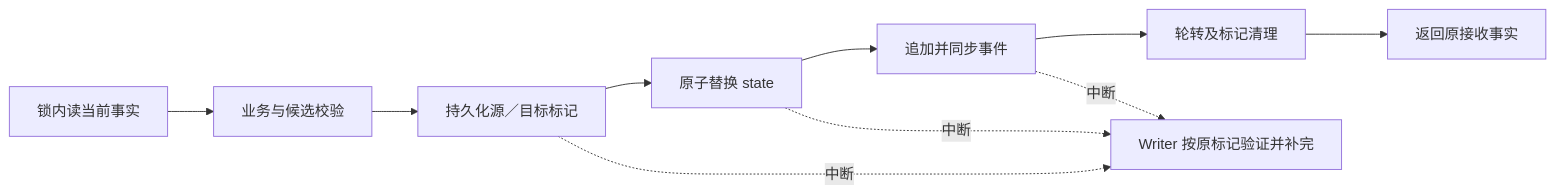
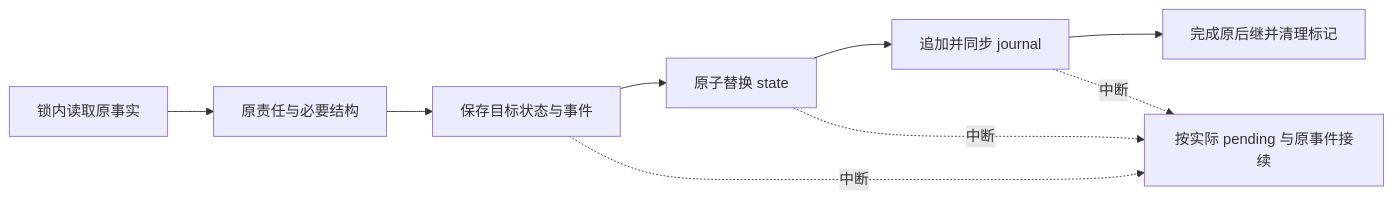
The diagram in blueprint/l4-mechanisms/L4-state-transition-core.md (entroforge/go-system-builder), drawn with Mermaid before and after one commit. The commit also changed other lines of this file and 1694 other files, not shown here.

````diff
--- a/blueprint/l4-mechanisms/L4-state-transition-core.md
+++ b/blueprint/l4-mechanisms/L4-state-transition-core.md
@@ -172,12 +173,11 @@
 ```mermaid
 flowchart LR
-    READ["锁内读当前事实"] --> CHECK["业务与候选校验"]
-    CHECK --> MARK["持久化源／目标标记"]
-    MARK --> STATE["原子替换 state"]
-    STATE --> JOURNAL["追加并同步事件"]
-    JOURNAL --> CLEAR["轮转及标记清理"]
-    CLEAR --> RECEIPT["返回原接收事实"]
-    MARK -."中断".-> RECOVER["Writer 按原标记验证并补完"]
+    READ["锁内读取原事实"] --> CHECK["原责任与必要结构"]
+    CHECK --> PENDING["保存目标状态与事件"]
+    PENDING --> STATE["原子替换 state"]
+    STATE --> EVENT["追加并同步 journal"]
+    EVENT --> CLEAR["完成原后继并清理标记"]
+    PENDING -."中断".-> RECOVER["按实际 pending 与原事件接续"]
     STATE -."中断".-> RECOVER
-    JOURNAL -."中断".-> RECOVER
+    EVENT -."中断".-> RECOVER
 ```
````
